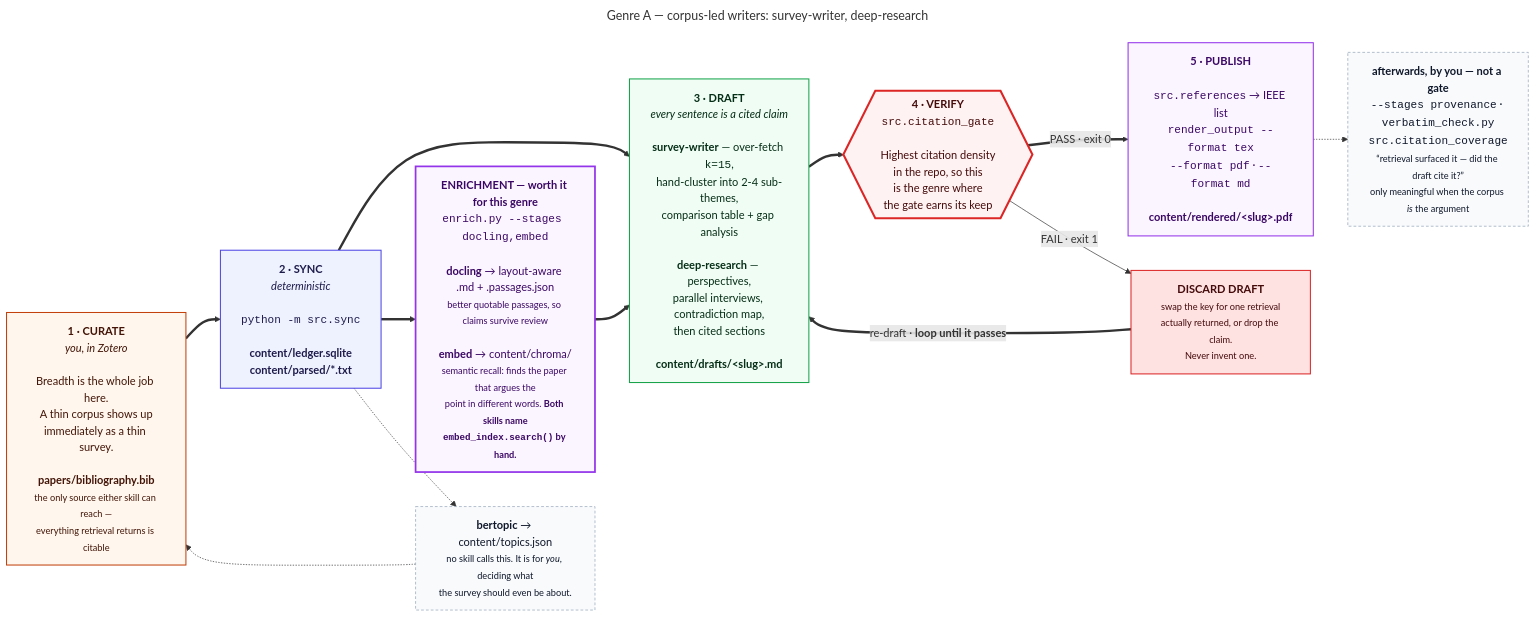
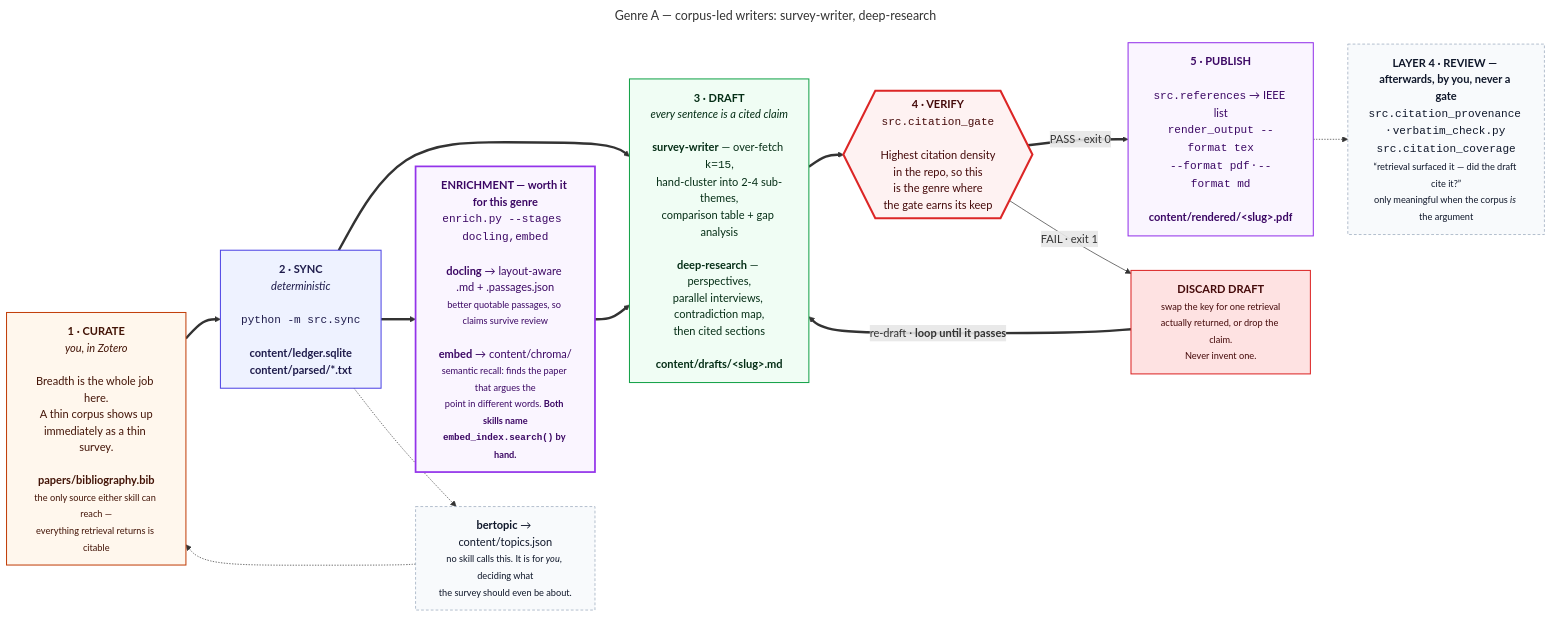
Before and after one commit to prasadtalasila/chitragupta: the diagram in docs/diagrams/g1-corpus-led.mmd, drawn with Mermaid. The commit also changed 32 other files, not shown here.

First line of the commit message:
Document the review layer across the docs, and bump to 3.20.0

```diff
--- a/docs/diagrams/g1-corpus-led.mmd
+++ b/docs/diagrams/g1-corpus-led.mmd
@@ -1,48 +1,48 @@
 ---
 title: "Genre A — corpus-led writers: survey-writer, deep-research"
 ---
 flowchart LR
 
   P0["<b>1 · CURATE</b><br/><i>you, in Zotero</i><br/><br/>Breadth is the whole job here.<br/>A thin corpus shows up<br/>immediately as a thin survey.<br/><br/><b>papers/bibliography.bib</b><br/><small>the only source either skill can reach —<br/>everything retrieval returns is citable</small>"]
 
   P1["<b>2 · SYNC</b><br/><i>deterministic</i><br/><br/><code>python -m src.sync</code><br/><br/><b>content/ledger.sqlite</b><br/><b>content/parsed/*.txt</b>"]
 
   HEAVY["<b>ENRICHMENT — worth it for this genre</b><br/><code>enrich.py --stages docling,embed</code><br/><br/><b>docling</b> → layout-aware .md + .passages.json<br/><small>better quotable passages, so claims survive review</small><br/><br/><b>embed</b> → content/chroma/<br/><small>semantic recall: finds the paper that argues the<br/>point in different words. <b>Both skills name<br/><code>embed_index.search()</code> by hand.</b></small>"]
 
   P2["<b>3 · DRAFT</b><br/><i>every sentence is a cited claim</i><br/><br/><b>survey-writer</b> — over-fetch <code>k=15</code>,<br/>hand-cluster into 2-4 sub-themes,<br/>comparison table + gap analysis<br/><br/><b>deep-research</b> — perspectives,<br/>parallel interviews, contradiction map,<br/>then cited sections<br/><br/><b>content/drafts/&lt;slug&gt;.md</b>"]
 
   P3{{"<b>4 · VERIFY</b><br/><code>src.citation_gate</code><br/><br/>Highest citation density<br/>in the repo, so this<br/>is the genre where<br/>the gate earns its keep"}}
 
   FIX["<b>DISCARD DRAFT</b><br/><small>swap the key for one retrieval<br/>actually returned, or drop the claim.<br/>Never invent one.</small>"]
 
   P4["<b>5 · PUBLISH</b><br/><br/><code>src.references</code> → IEEE list<br/><code>render_output --format tex</code><br/><code>--format pdf</code> · <code>--format md</code><br/><br/><b>content/rendered/&lt;slug&gt;.pdf</b>"]
 
-  AID["<b>afterwards, by you — not a gate</b><br/><code>--stages provenance</code> · <code>verbatim_check.py</code><br/><code>src.citation_coverage</code><br/><small>“retrieval surfaced it — did the draft cite it?”<br/>only meaningful when the corpus <i>is</i> the argument</small>"]
+  AID["<b>LAYER 4 · REVIEW — afterwards, by you, never a gate</b><br/><code>src.citation_provenance</code> · <code>verbatim_check.py</code><br/><code>src.citation_coverage</code><br/><small>“retrieval surfaced it — did the draft cite it?”<br/>only meaningful when the corpus <i>is</i> the argument</small>"]
 
   BERT["<b>bertopic</b> → content/topics.json<br/><small>no skill calls this. It is for <i>you</i>, deciding what<br/>the survey should even be about.</small>"]
 
   P0 ==> P1 ==> P2 ==> P3
   P1 ==> HEAVY ==> P2
   P3 == "PASS · exit 0" ==> P4
   P3 -- "FAIL · exit 1" --> FIX
   FIX == "re-draft · <b>loop until it passes</b>" ==> P2
   P4 -.-> AID
   P1 -.-> BERT -.-> P0
 
   classDef you fill:#fff7ed,stroke:#c2410c,stroke-width:1.5px,color:#431407
   classDef det fill:#eef2ff,stroke:#4f46e5,stroke-width:1.5px,color:#1e1b4b
   classDef gen fill:#f0fdf4,stroke:#16a34a,stroke-width:1.5px,color:#052e16
   classDef gate fill:#fef2f2,stroke:#dc2626,stroke-width:3px,color:#450a0a
   classDef out fill:#faf5ff,stroke:#9333ea,stroke-width:1.5px,color:#3b0764
   classDef bad fill:#fee2e2,stroke:#dc2626,stroke-width:1.5px,color:#450a0a
   classDef heavy fill:#faf5ff,stroke:#9333ea,stroke-width:2.5px,color:#3b0764
   classDef aid fill:#f8fafc,stroke:#94a3b8,stroke-dasharray:4 3,color:#0f172a
 
   class P0 you
   class P1 det
   class P2 gen
   class P3 gate
   class P4 out
   class FIX bad
   class HEAVY heavy
   class AID,BERT aid
```
